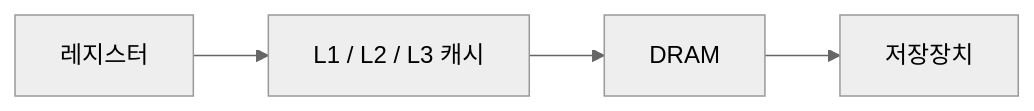
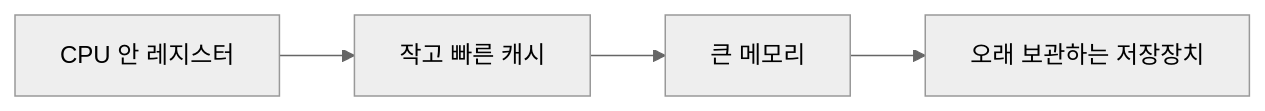
The diagram in content/topics/memory-hierarchy.md (moocongpapa/it-study), drawn with Mermaid (neutral theme) before and after one commit. The commit also changed other lines of this file and 71 other files, not shown here.

````diff
--- a/content/topics/memory-hierarchy.md
+++ b/content/topics/memory-hierarchy.md
@@ -6,4 +20,4 @@
 ```mermaid
 flowchart LR
-  A["레지스터"] --> B["L1 / L2 / L3 캐시"] --> C["DRAM"] --> D["저장장치"]
+ A["CPU 안 레지스터"] --> B["작고 빠른 캐시"] --> C["큰 메모리"] --> D["오래 보관하는 저장장치"]
 ```
````
